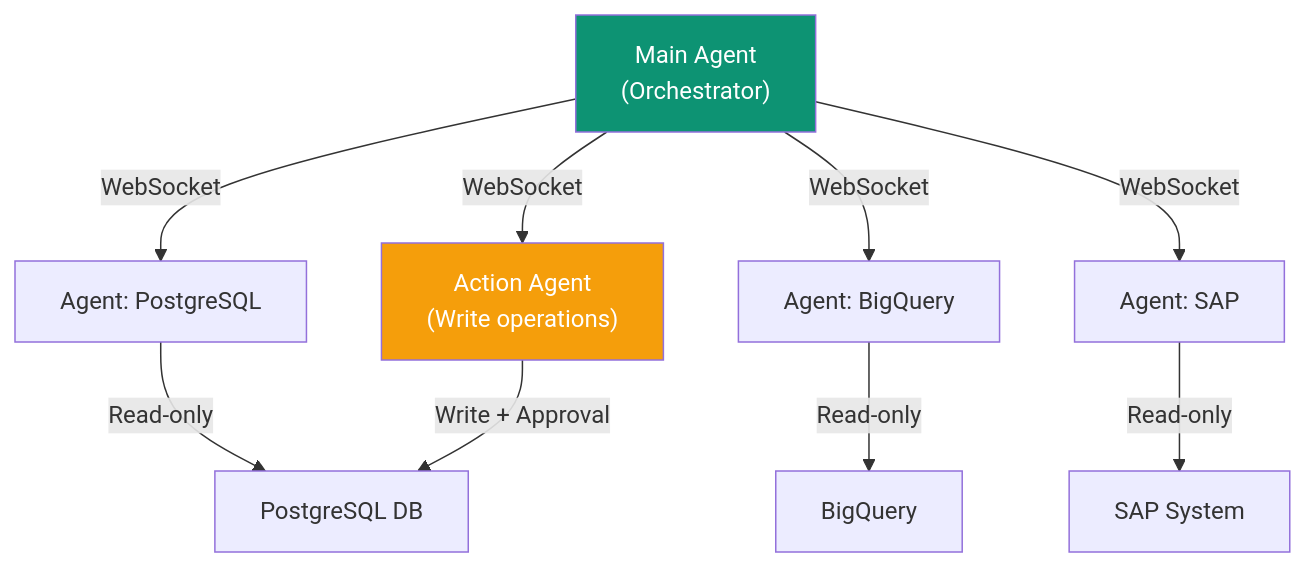
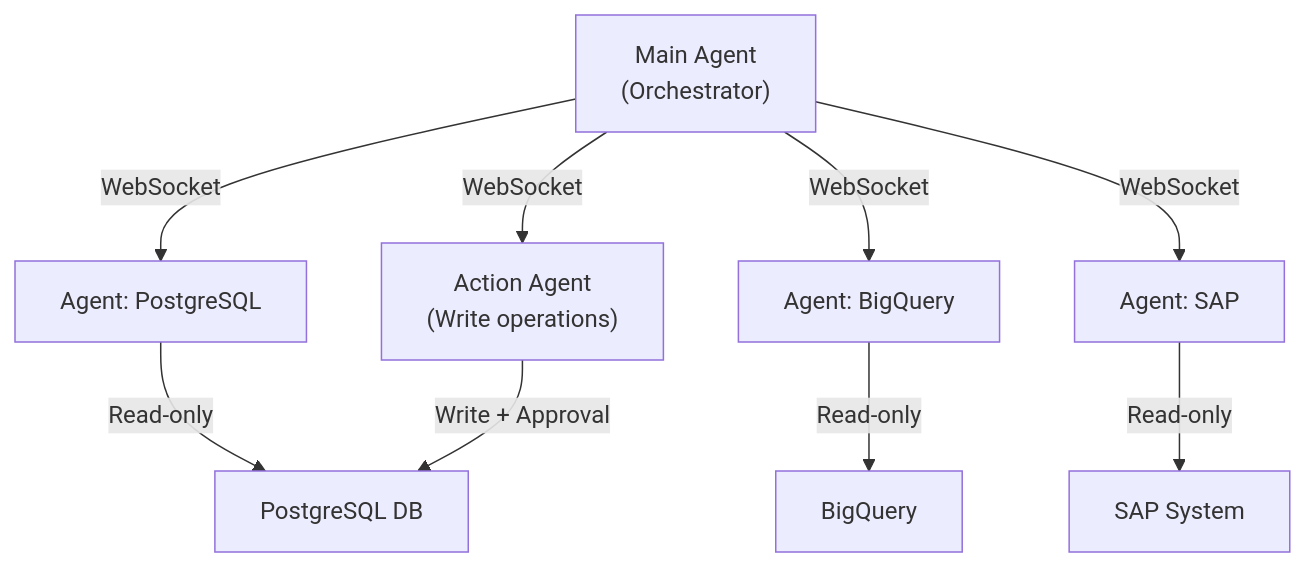
One commit to ashishsuperatom/tech-docs changed the diagram in security/overview.mdx. Above: the diagram before and after it, drawn with Mermaid. The commit also changed other lines of this file and 37 other files, not shown here.

First line of the commit message:
Clean up docs: remove em-dashes, fix mermaid diagrams, remove emojis

````diff
--- a/security/overview.mdx
+++ b/security/overview.mdx
@@ -28,15 +28,13 @@
 ```mermaid
 flowchart TD
     MAIN["Main Agent<br>(Orchestrator)"] -->|WebSocket| A1["Agent: PostgreSQL"]
     MAIN -->|WebSocket| A2["Agent: BigQuery"]
     MAIN -->|WebSocket| A3["Agent: SAP"]
     MAIN -->|WebSocket| ACTION["Action Agent<br>(Write operations)"]
 
     A1 -->|Read-only| DB1["PostgreSQL DB"]
     A2 -->|Read-only| DB2["BigQuery"]
     A3 -->|Read-only| DB3["SAP System"]
     ACTION -->|Write + Approval| DB1
 
-    style MAIN fill:#0D9373,color:#fff
-    style ACTION fill:#f59e0b,color:#fff
 ```
````
